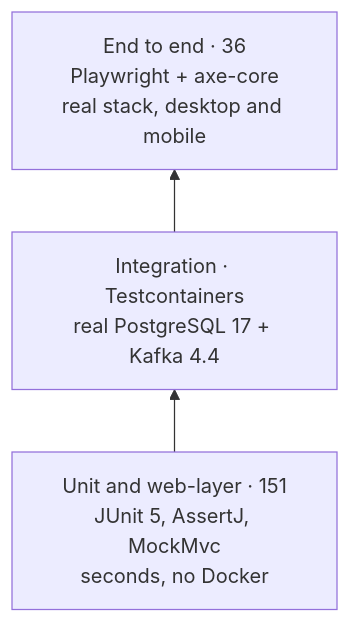
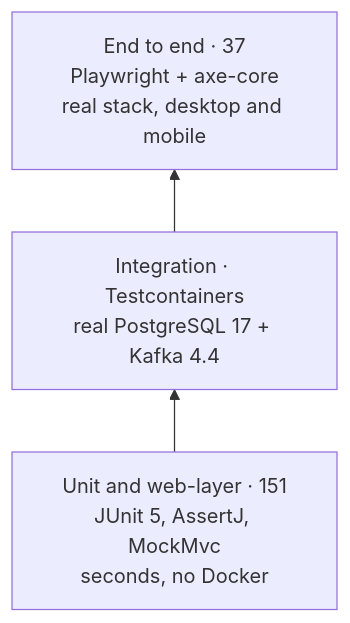
The diagram in docs/features/testing.md (heikaliskandar/chubb-claims-platform), drawn with Mermaid before and after one commit. The commit also changed 36 other files, not shown here.

````diff
--- a/docs/features/testing.md
+++ b/docs/features/testing.md
@@ -5,7 +5,7 @@
 ```mermaid
 flowchart BT
     U["Unit and web-layer · 151<br/>JUnit 5, AssertJ, MockMvc<br/>seconds, no Docker"]
     I["Integration · Testcontainers<br/>real PostgreSQL 17 + Kafka 4.4"]
-    E["End to end · 36<br/>Playwright + axe-core<br/>real stack, desktop and mobile"]
+    E["End to end · 37<br/>Playwright + axe-core<br/>real stack, desktop and mobile"]
     U --> I --> E
 ```
````
